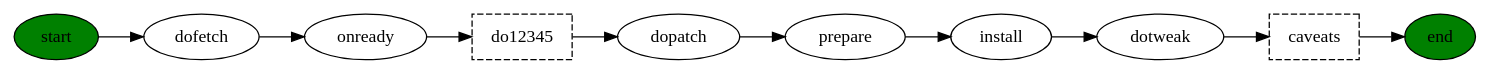
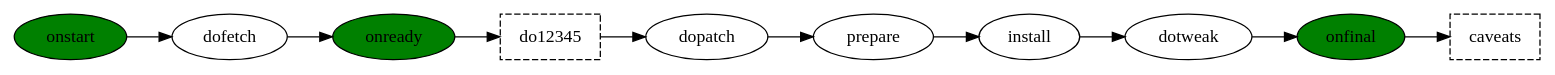
One commit to leleliu008/ndk-pkg changed the diagram in phases.dot. Above: the diagram before and after it, drawn with Graphviz. The commit also changed 4 other files, not shown here.

```diff
--- a/phases.dot
+++ b/phases.dot
@@ -1,8 +1,12 @@
 digraph {
     rankdir="LR"
-    start -> dofetch -> onready -> do12345 -> dopatch -> prepare -> install -> dotweak -> caveats -> end
+
+    onstart -> dofetch -> onready -> do12345 -> dopatch -> prepare -> install -> dotweak -> onfinal -> caveats
+
+    onstart [fillcolor="green";style=filled]
+    onready [fillcolor="green";style=filled]
+    onfinal [fillcolor="green";style=filled]
+
     do12345 [shape="box"; style="dashed"];
     caveats [shape="box"; style="dashed"];
-    start [fillcolor="green";style=filled]
-    end [fillcolor="green";style=filled]
 }
```
